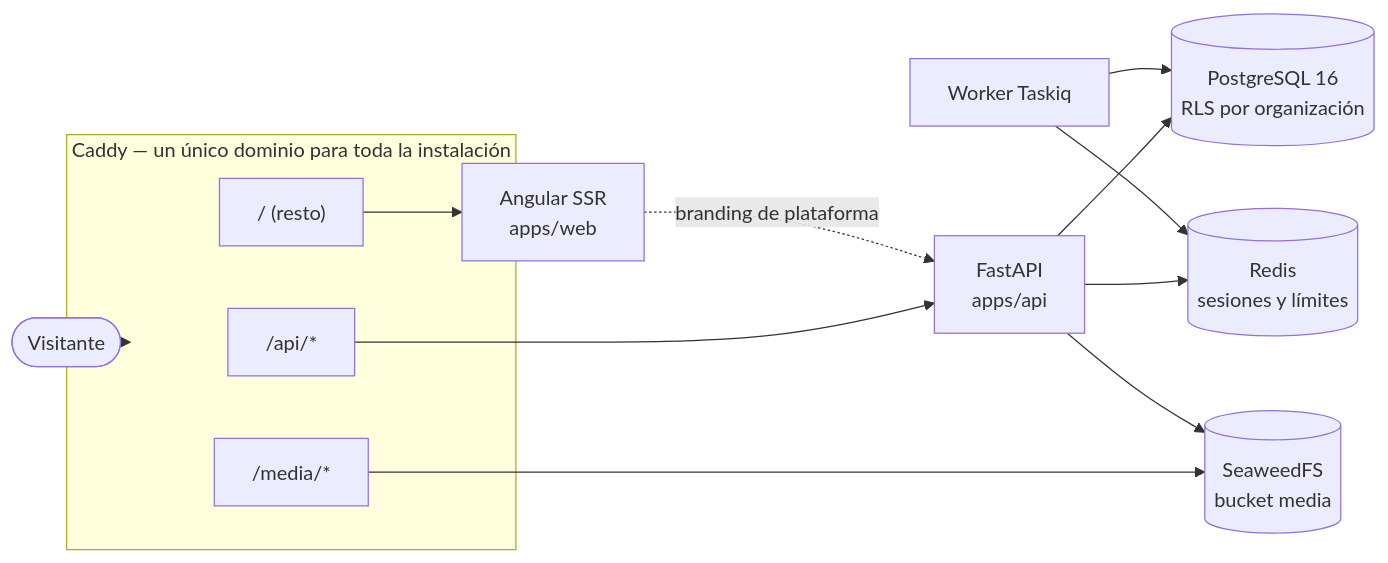
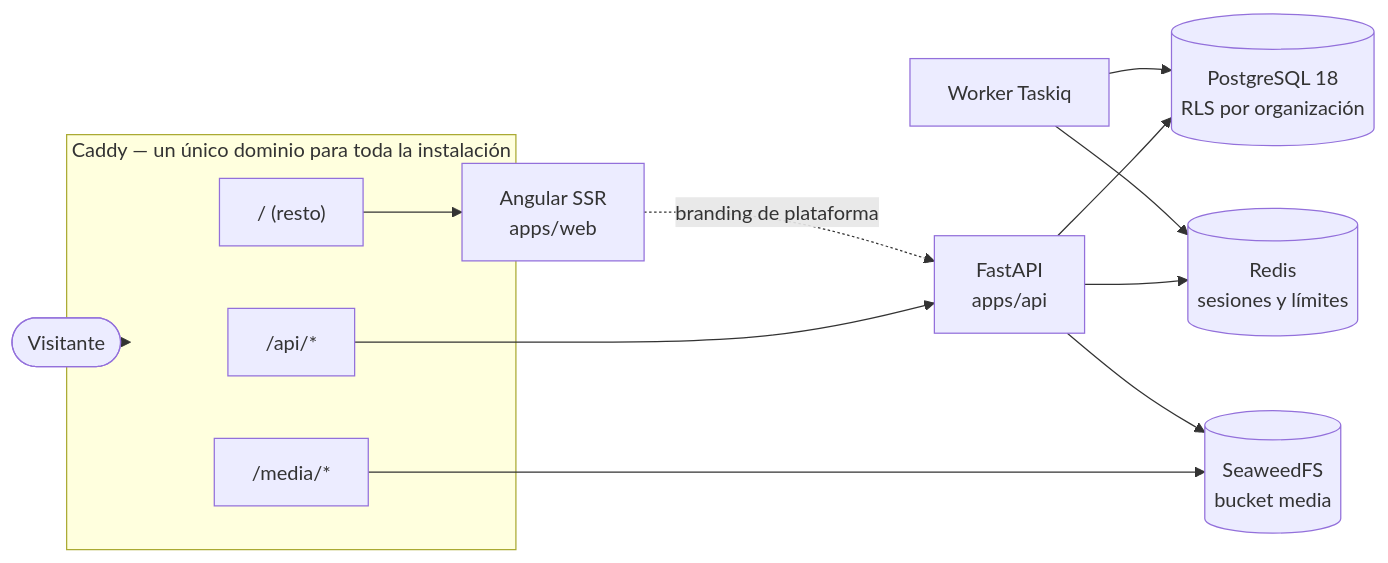
The first of 2 diagrams in docs/arquitectura.md (yosnap/eventarium), drawn with Mermaid before and after one commit. The commit also changed 11 other files, not shown here.

First line of the commit message:
chore(infra): preparar la migración a PostgreSQL 18

````diff
--- a/docs/arquitectura.md
+++ b/docs/arquitectura.md
@@ -10,21 +10,21 @@
 ```mermaid
 flowchart LR
   Visitante([Visitante]) --> Caddy
 
   subgraph Caddy["Caddy — un único dominio para toda la instalación"]
     R1["/api/*"]
     R2["/media/*"]
     R3["/  (resto)"]
   end
 
   R1 --> API["FastAPI\napps/api"]
   R3 --> Web["Angular SSR\napps/web"]
   Web -. "branding de plataforma" .-> API
   R2 --> S3[(SeaweedFS\nbucket media)]
 
-  API --> PG[(PostgreSQL 16\nRLS por organización)]
+  API --> PG[(PostgreSQL 18\nRLS por organización)]
   API --> Redis[(Redis\nsesiones y límites)]
   API --> S3
   Worker["Worker Taskiq"] --> Redis
   Worker --> PG
 ```
````
